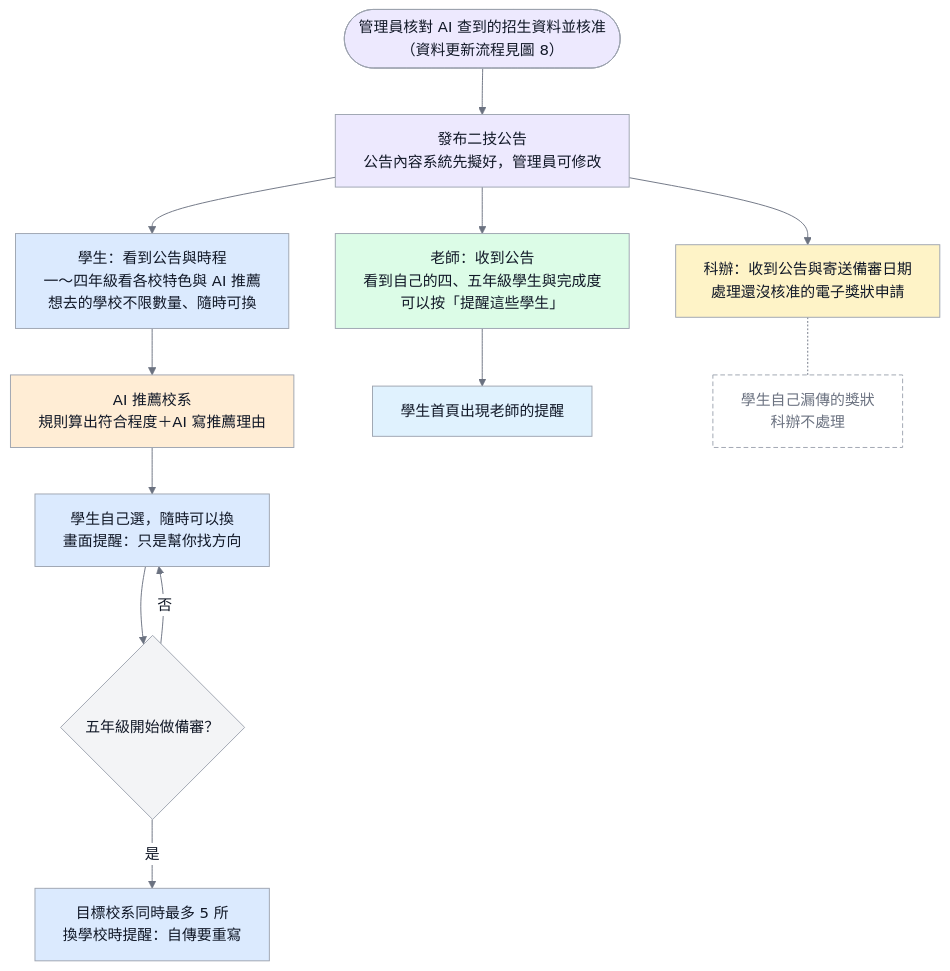
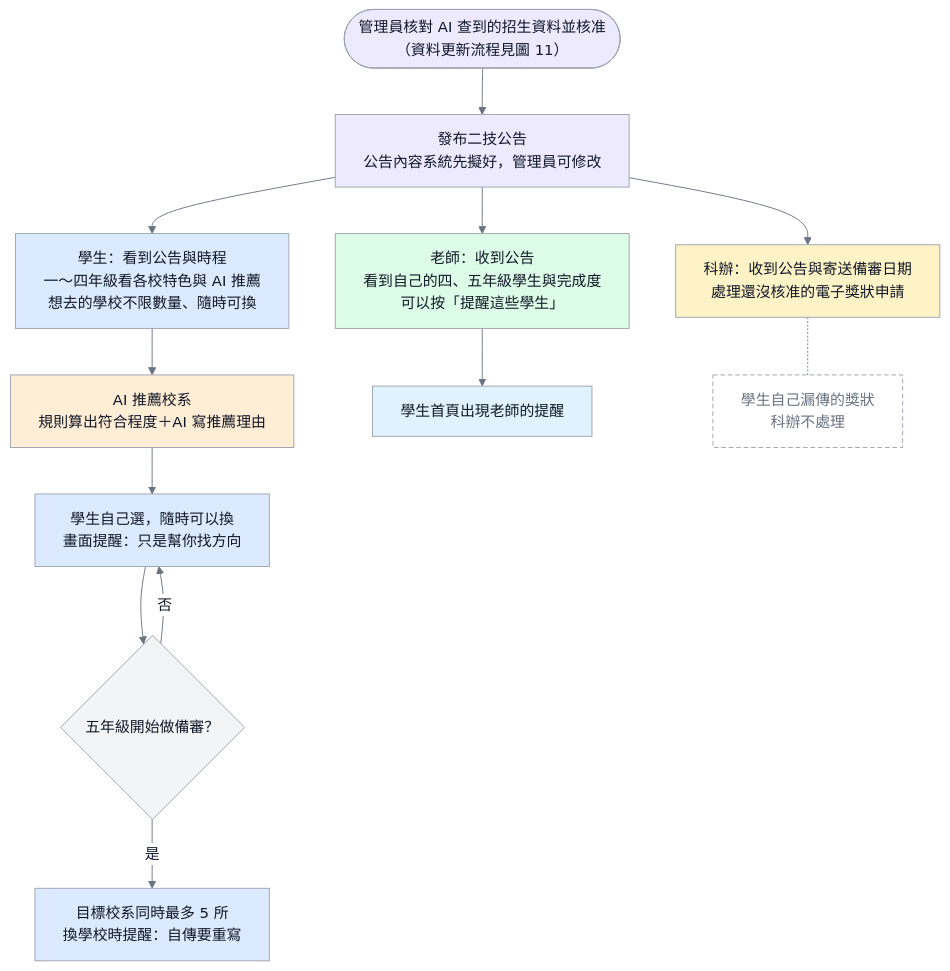
The diagram in docs/images/D-19-admission-announcement-flow.mmd (vujhdcusa/1028), drawn with Mermaid before and after one commit. The commit also changed 56 other files, not shown here.

First line of the commit message:
規格書依 10-10 定案大改：功能確認總表 10-10 版、圖號從頭重排、新增學校資料匯入與官網資料來源流程圖、ERD 拆三張；微學分與帳號密碼更正

```diff
--- a/docs/images/D-19-admission-announcement-flow.mmd
+++ b/docs/images/D-19-admission-announcement-flow.mmd
@@ -1,21 +1,21 @@
 %%{init: {'theme':'base','themeVariables': {'fontFamily':'Microsoft JhengHei, Noto Sans TC, Arial, sans-serif','primaryColor':'#F3F4F6','primaryTextColor':'#111827','primaryBorderColor':'#9CA3AF','lineColor':'#6B7280','edgeLabelBackground':'#FFFFFF'},'flowchart':{'wrappingWidth':400}}}%%
 flowchart TD
     classDef student fill:#DBEAFE,stroke:#9CA3AF,color:#111827,stroke-width:1px;
     classDef teacher fill:#DCFCE7,stroke:#9CA3AF,color:#111827,stroke-width:1px;
     classDef admin fill:#EDE9FE,stroke:#9CA3AF,color:#111827,stroke-width:1px;
     classDef staff fill:#FEF3C7,stroke:#9CA3AF,color:#111827,stroke-width:1px;
     classDef system fill:#E0F2FE,stroke:#9CA3AF,color:#111827,stroke-width:1px;
     classDef ai fill:#FFEDD5,stroke:#9CA3AF,color:#111827,stroke-width:1px;
     classDef pending fill:#FFFFFF,stroke:#9CA3AF,color:#6B7280,stroke-width:1px,stroke-dasharray:5 3;
 
-    Approve([管理員核對 AI 查到的招生資料並核准<br/>（資料更新流程見圖 8）]):::admin --> Publish[發布二技公告<br/>公告內容系統先擬好，管理員可修改]:::admin
+    Approve([管理員核對 AI 查到的招生資料並核准<br/>（資料更新流程見圖 11）]):::admin --> Publish[發布二技公告<br/>公告內容系統先擬好，管理員可修改]:::admin
     Publish --> Student[學生：看到公告與時程<br/>一～四年級看各校特色與 AI 推薦<br/>想去的學校不限數量、隨時可換]:::student
     Publish --> Teacher[老師：收到公告<br/>看到自己的四、五年級學生與完成度<br/>可以按「提醒這些學生」]:::teacher
     Publish --> Staff[科辦：收到公告與寄送備審日期<br/>處理還沒核准的電子獎狀申請]:::staff
     Student --> Recommend[AI 推薦校系<br/>規則算出符合程度＋AI 寫推薦理由]:::ai
     Recommend --> Choose[學生自己選，隨時可以換<br/>畫面提醒：只是幫你找方向]:::student
     Choose --> Grade5{五年級開始做備審？}
     Grade5 -- 否 --> Choose
     Grade5 -- 是 --> Limit[目標校系同時最多 5 所<br/>換學校時提醒：自傳要重寫]:::student
     Teacher --> Remind[學生首頁出現老師的提醒]:::system
     Staff -.- NotStaff[學生自己漏傳的獎狀<br/>科辦不處理]:::pending
```
